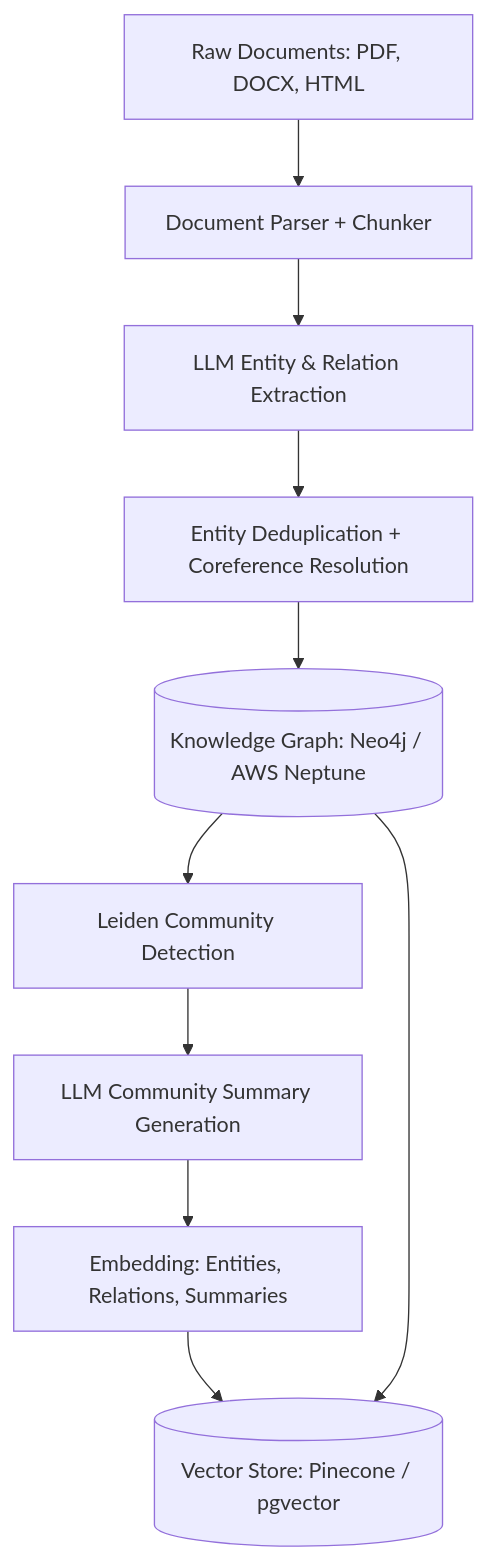
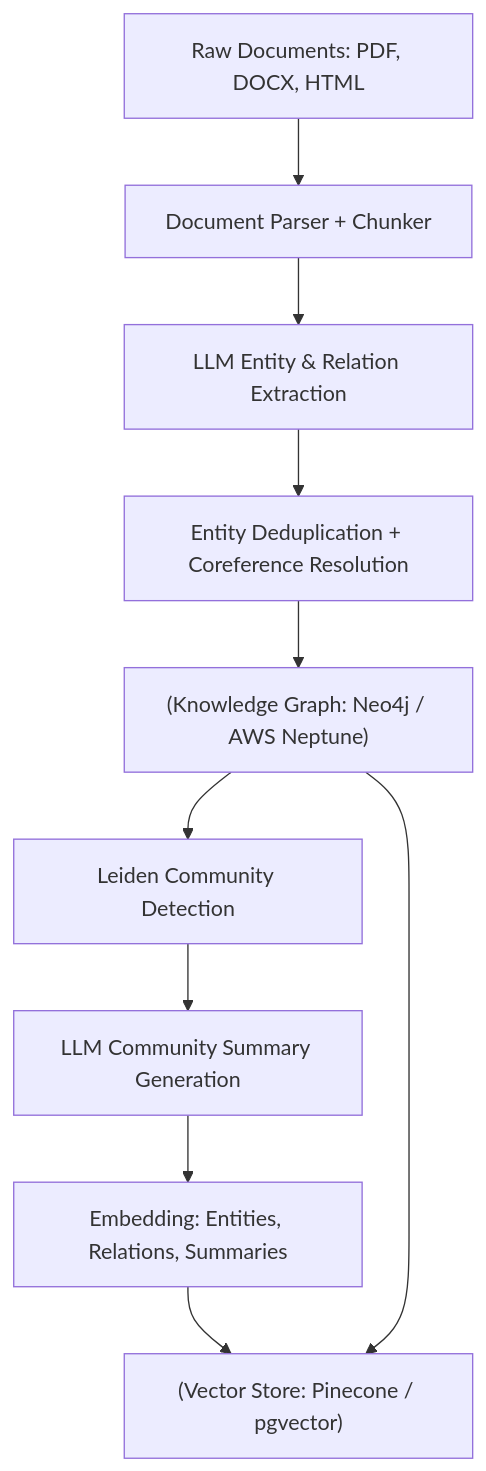
Before and after one commit to vesviet/vesviet: the second of 3 diagrams in content/posts/graphrag-vs-naive-rag-enterprise-guide.md, drawn with Mermaid. The commit also changed other lines of this file and 331 other files, not shown here.

````diff
--- a/content/posts/graphrag-vs-naive-rag-enterprise-guide.md
+++ b/content/posts/graphrag-vs-naive-rag-enterprise-guide.md
@@ -108,12 +108,12 @@
 ```mermaid
 graph TD
-    RAW[Raw Documents: PDF, DOCX, HTML] --> PARSE[Document Parser + Chunker]
-    PARSE --> EXTRACT[LLM Entity & Relation Extraction]
-    EXTRACT --> DEDUP[Entity Deduplication + Coreference Resolution]
-    DEDUP --> GRAPH[(Knowledge Graph: Neo4j / AWS Neptune)]
-    GRAPH --> COMMUNITY[Leiden Community Detection]
-    COMMUNITY --> SUMMARIZE[LLM Community Summary Generation]
-    SUMMARIZE --> EMBED[Embedding: Entities, Relations, Summaries]
-    EMBED --> VS[(Vector Store: Pinecone / pgvector)]
+    RAW["Raw Documents: PDF, DOCX, HTML"] --> PARSE["Document Parser + Chunker"]
+    PARSE --> EXTRACT["LLM Entity & Relation Extraction"]
+    EXTRACT --> DEDUP["Entity Deduplication + Coreference Resolution"]
+    DEDUP --> GRAPH["(Knowledge Graph: Neo4j / AWS Neptune)"]
+    GRAPH --> COMMUNITY["Leiden Community Detection"]
+    COMMUNITY --> SUMMARIZE["LLM Community Summary Generation"]
+    SUMMARIZE --> EMBED["Embedding: Entities, Relations, Summaries"]
+    EMBED --> VS["(Vector Store: Pinecone / pgvector)"]
     GRAPH --> VS
 ```
````
